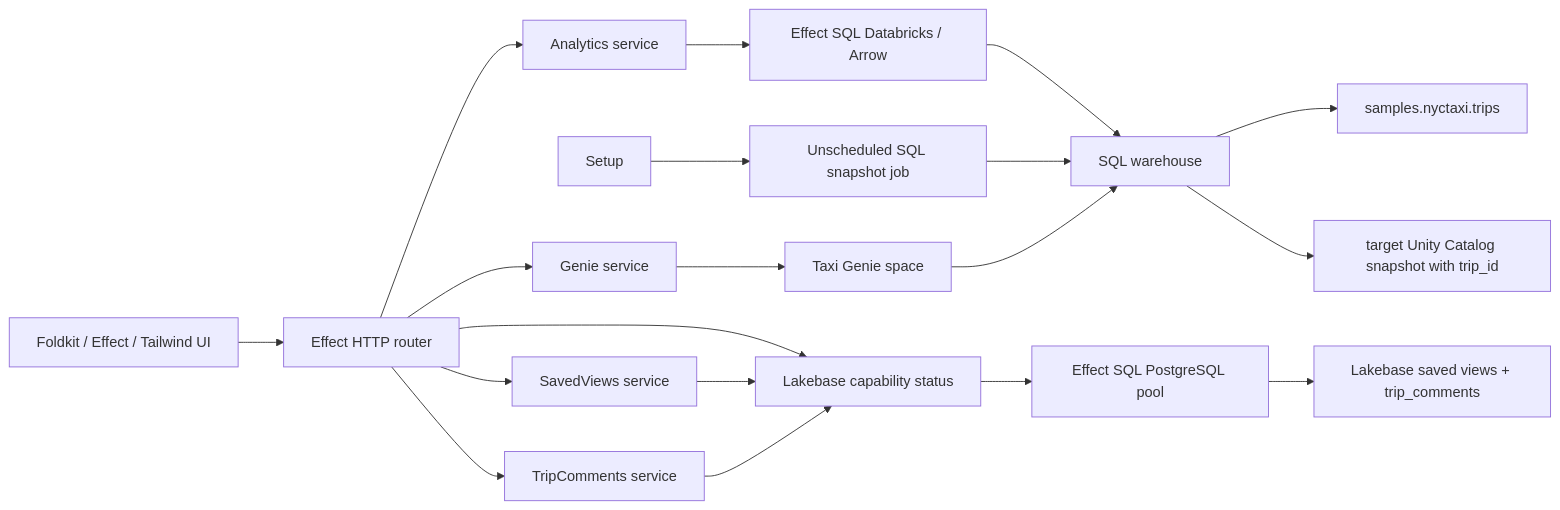
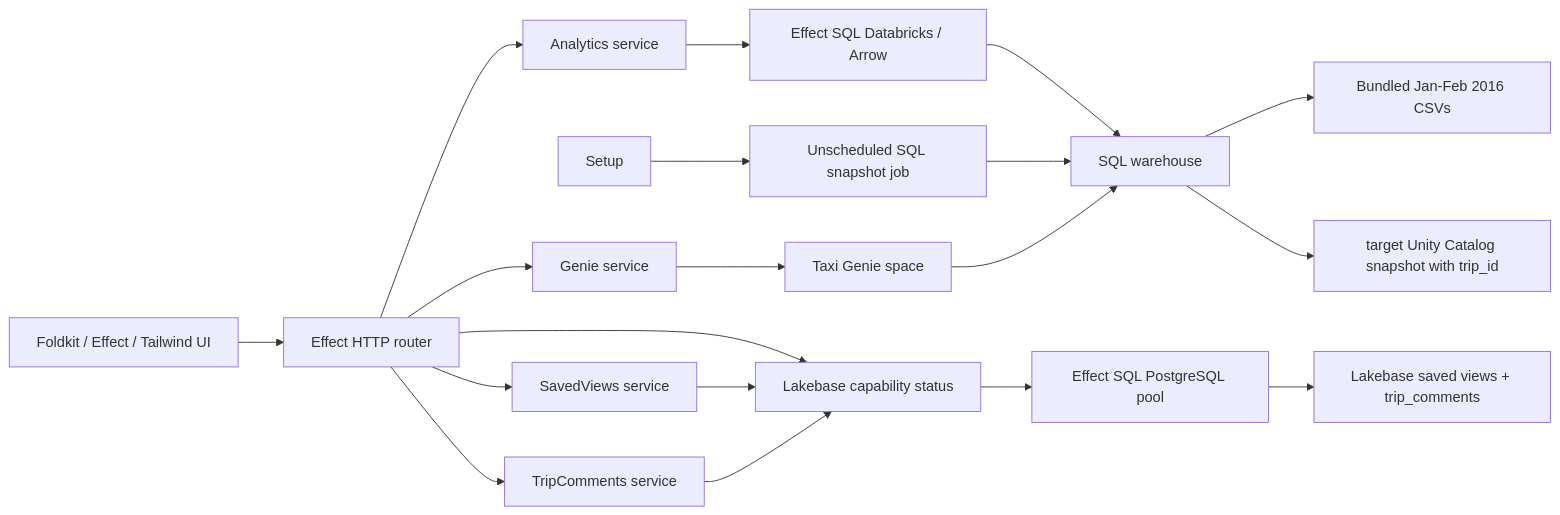
Before and after one commit to dsiem/effect-databricks-app: the diagram in docs/data-access.md, drawn with Mermaid. The commit also changed other lines of this file and 90 other files, not shown here.

````diff
--- a/docs/data-access.md
+++ b/docs/data-access.md
@@ -3,21 +3,21 @@
 ```mermaid
 flowchart LR
   UI[Foldkit / Effect / Tailwind UI] --> API[Effect HTTP router]
   API --> Analytics[Analytics service]
   Analytics --> Arrow[Effect SQL Databricks / Arrow]
   Arrow --> Warehouse[SQL warehouse]
-  Warehouse --> Source[samples.nyctaxi.trips]
+  Warehouse --> Source[Bundled Jan-Feb 2016 CSVs]
   Setup --> Seed[Unscheduled SQL snapshot job]
   Seed --> Warehouse
   Warehouse --> Snapshot[target Unity Catalog snapshot with trip_id]
   API --> Genie[Genie service]
   Genie --> Space[Taxi Genie space]
   Space --> Warehouse
   API --> SavedViews[SavedViews service]
   API --> Comments[TripComments service]
   API --> Database[Lakebase capability status]
   SavedViews --> Database
   Comments --> Database
   Database --> Pool[Effect SQL PostgreSQL pool]
   Pool --> Storage[Lakebase saved views + trip_comments]
 ```
````
